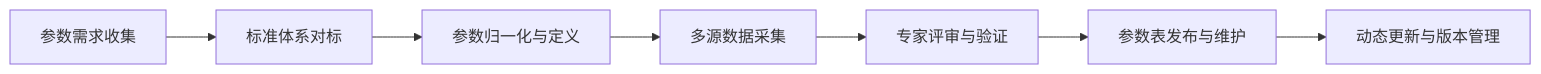
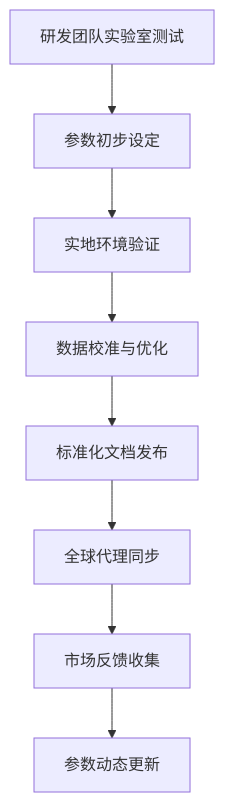
The first of 4 diagrams in results_perplexity/topic_1_产品国际化护照构建/report_topic_1_perplexity.md (Miles2048/research-agent), drawn with Mermaid before and after one commit. The commit also changed other lines of this file and 26 other files, not shown here.

````diff
--- a/results_perplexity/topic_1_产品国际化护照构建/report_topic_1_perplexity.md
+++ b/results_perplexity/topic_1_产品国际化护照构建/report_topic_1_perplexity.md
@@ -67,9 +73,10 @@
 ```mermaid
-flowchart LR
-A[参数需求收集] --> B[标准体系对标]
-B --> C[参数归一化与定义]
-C --> D[多源数据采集]
-D --> E[专家评审与验证]
-E --> F[参数表发布与维护]
-F --> G[动态更新与版本管理]
+flowchart TD
+    A[研发团队实验室测试] --> B[参数初步设定]
+    B --> C[实地环境验证]
+    C --> D[数据校准与优化]
+    D --> E[标准化文档发布]
+    E --> F[全球代理同步]
+    F --> G[市场反馈收集]
+    G --> H[参数动态更新]
 ```
````
